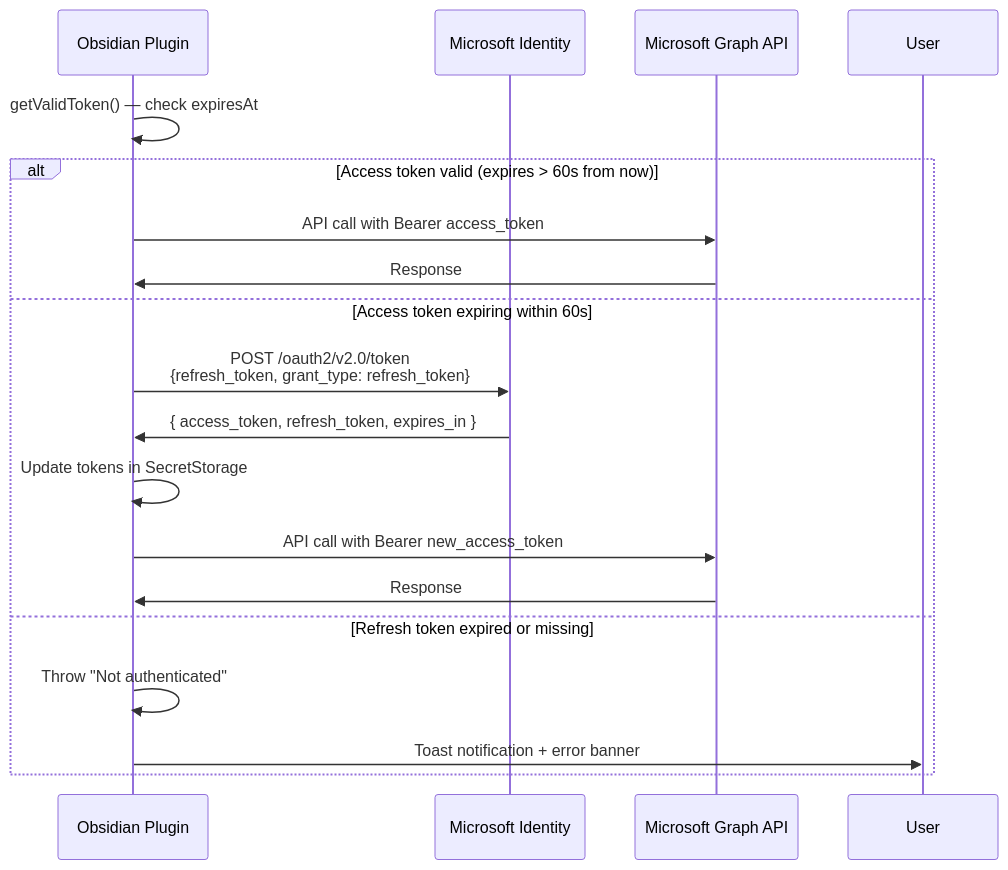
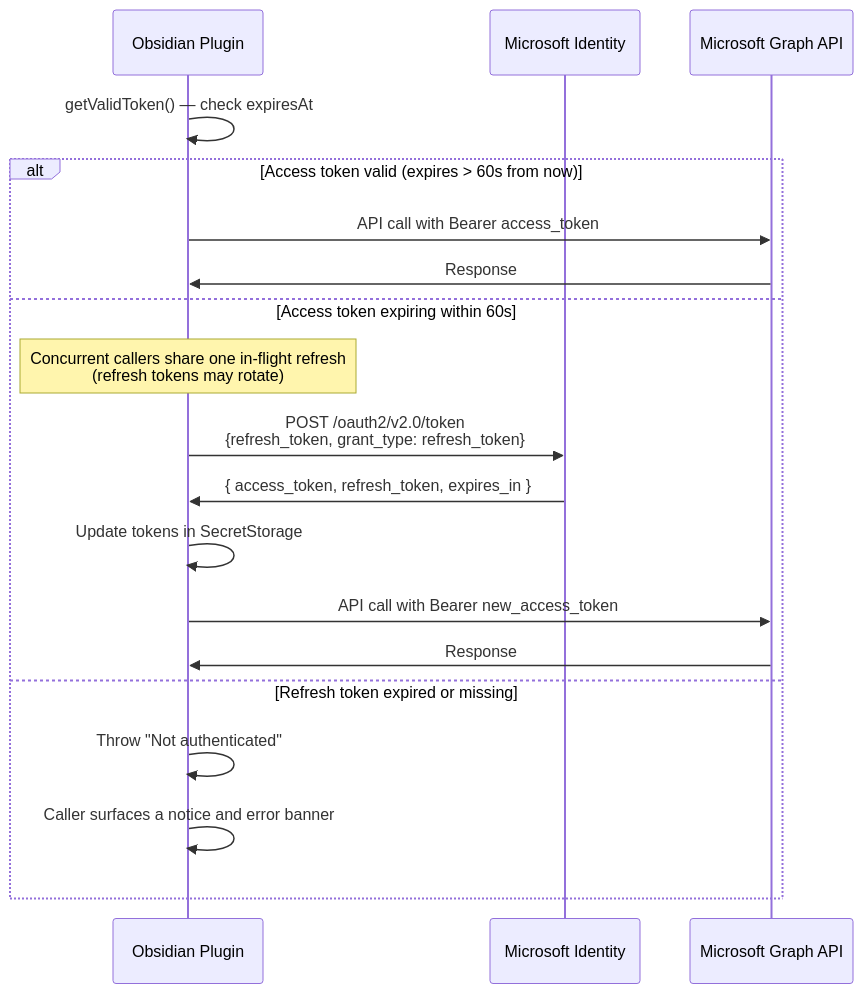
The second of 2 diagrams in docs/architecture/auth-flow.md (mpfilbin/obsidian-m356-calendar-plugin), drawn with Mermaid before and after one commit. The commit also changed other lines of this file and 65 other files, not shown here.

First line of the commit message:
feat: drag-and-drop rescheduling, right-click edit/delete, in-flight dialogs, and architecture cleanup (v0.25.0) (#38)

````diff
--- a/docs/architecture/auth-flow.md
+++ b/docs/architecture/auth-flow.md
@@ -36,21 +35,22 @@
 ```mermaid
 sequenceDiagram
     participant Plugin as Obsidian Plugin
     participant MS as Microsoft Identity
     participant Graph as Microsoft Graph API
 
     Plugin->>Plugin: getValidToken() — check expiresAt
     alt Access token valid (expires > 60s from now)
         Plugin->>Graph: API call with Bearer access_token
         Graph->>Plugin: Response
     else Access token expiring within 60s
+        Note over Plugin: Concurrent callers share one in-flight refresh<br/>(refresh tokens may rotate)
         Plugin->>MS: POST /oauth2/v2.0/token<br/>{refresh_token, grant_type: refresh_token}
         MS->>Plugin: { access_token, refresh_token, expires_in }
         Plugin->>Plugin: Update tokens in SecretStorage
         Plugin->>Graph: API call with Bearer new_access_token
         Graph->>Plugin: Response
     else Refresh token expired or missing
         Plugin->>Plugin: Throw "Not authenticated"
-        Plugin->>User: Toast notification + error banner
+        Plugin->>Plugin: Caller surfaces a notice and error banner
     end
 ```
````
